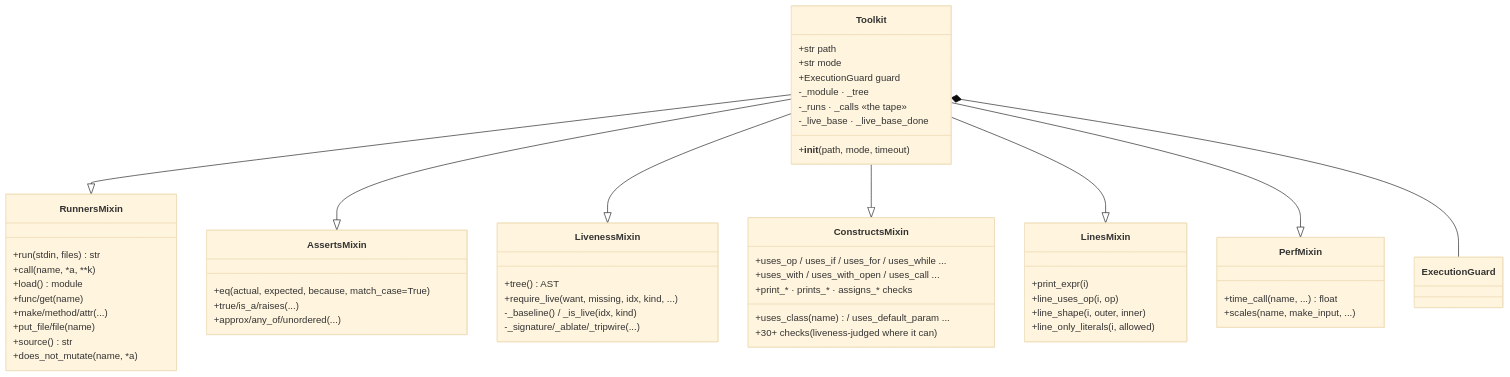
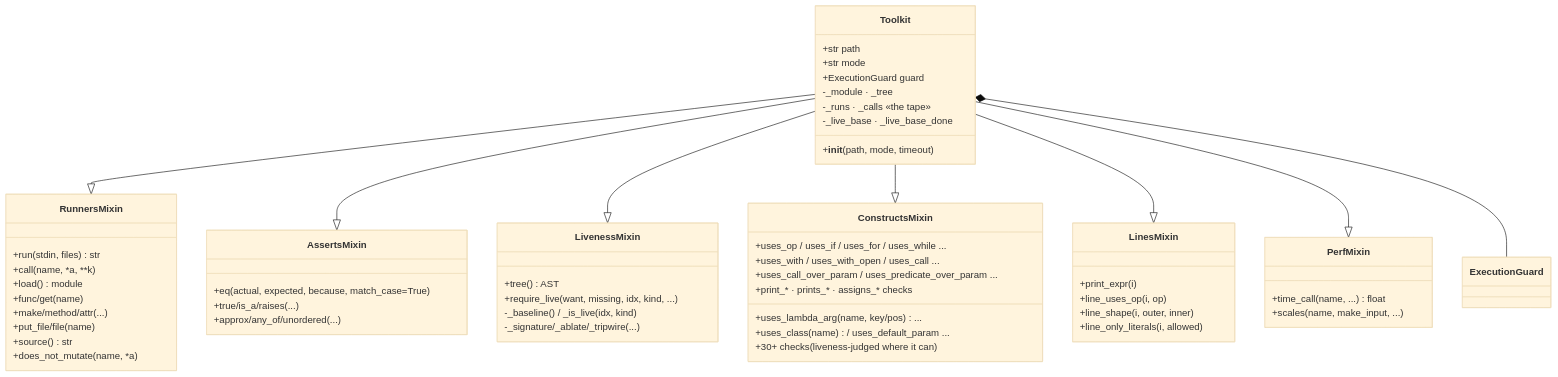
The second of 7 diagrams in docs/architecture/toolkit.md (N041M/PyQuest), drawn with Mermaid (base theme) before and after one commit. The commit also changed other lines of this file and 22 other files, not shown here.

````diff
--- a/docs/architecture/toolkit.md
+++ b/docs/architecture/toolkit.md
@@ -29,57 +29,59 @@
 ```mermaid
 classDiagram
     class Toolkit {
         +str path
         +str mode
         +ExecutionGuard guard
         -_module · _tree
         -_runs · _calls «the tape»
         -_live_base · _live_base_done
         +__init__(path, mode, timeout)
     }
     class RunnersMixin {
         +run(stdin, files) str
         +call(name, *a, **k)
         +load() module
         +func/get(name)
         +make/method/attr(...)
         +put_file/file(name)
         +source() str
         +does_not_mutate(name, *a)
     }
     class AssertsMixin {
         +eq(actual, expected, because, match_case=True)
         +true/is_a/raises(...)
         +approx/any_of/unordered(...)
     }
     class LivenessMixin {
         +tree() AST
         +require_live(want, missing, idx, kind, ...)
         -_baseline() / _is_live(idx, kind)
         -_signature/_ablate/_tripwire(...)
     }
     class ConstructsMixin {
         +uses_op / uses_if / uses_for / uses_while ...
         +uses_with / uses_with_open / uses_call ...
+        +uses_call_over_param / uses_predicate_over_param ...
+        +uses_lambda_arg(name, key/pos) ...
         +uses_class(name) / uses_default_param ...
         +print_* · prints_* · assigns_* checks
         +30+ checks (liveness-judged where it can)
     }
     class LinesMixin {
         +print_expr(i)
         +line_uses_op(i, op)
         +line_shape(i, outer, inner)
         +line_only_literals(i, allowed)
     }
     class PerfMixin {
         +time_call(name, ...) float
         +scales(name, make_input, ...)
     }
     Toolkit --|> RunnersMixin
     Toolkit --|> AssertsMixin
     Toolkit --|> LivenessMixin
     Toolkit --|> ConstructsMixin
     Toolkit --|> LinesMixin
     Toolkit --|> PerfMixin
     Toolkit *-- ExecutionGuard
 ```
````
